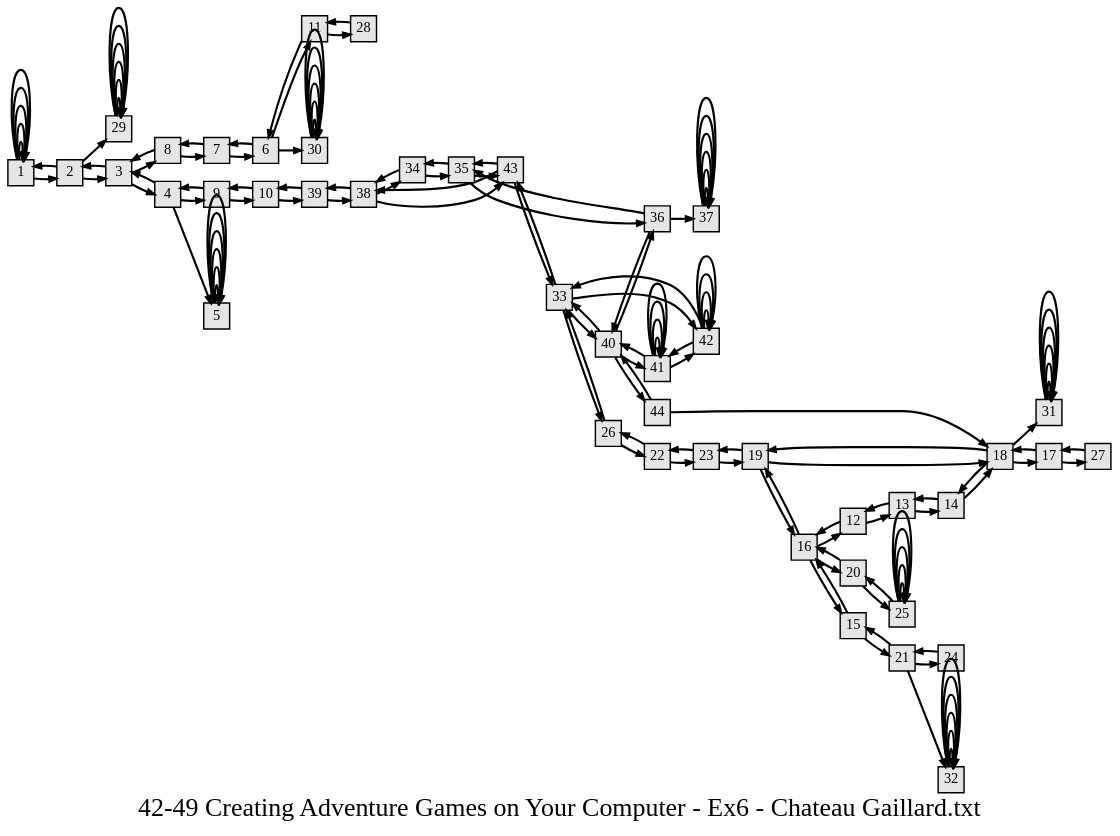
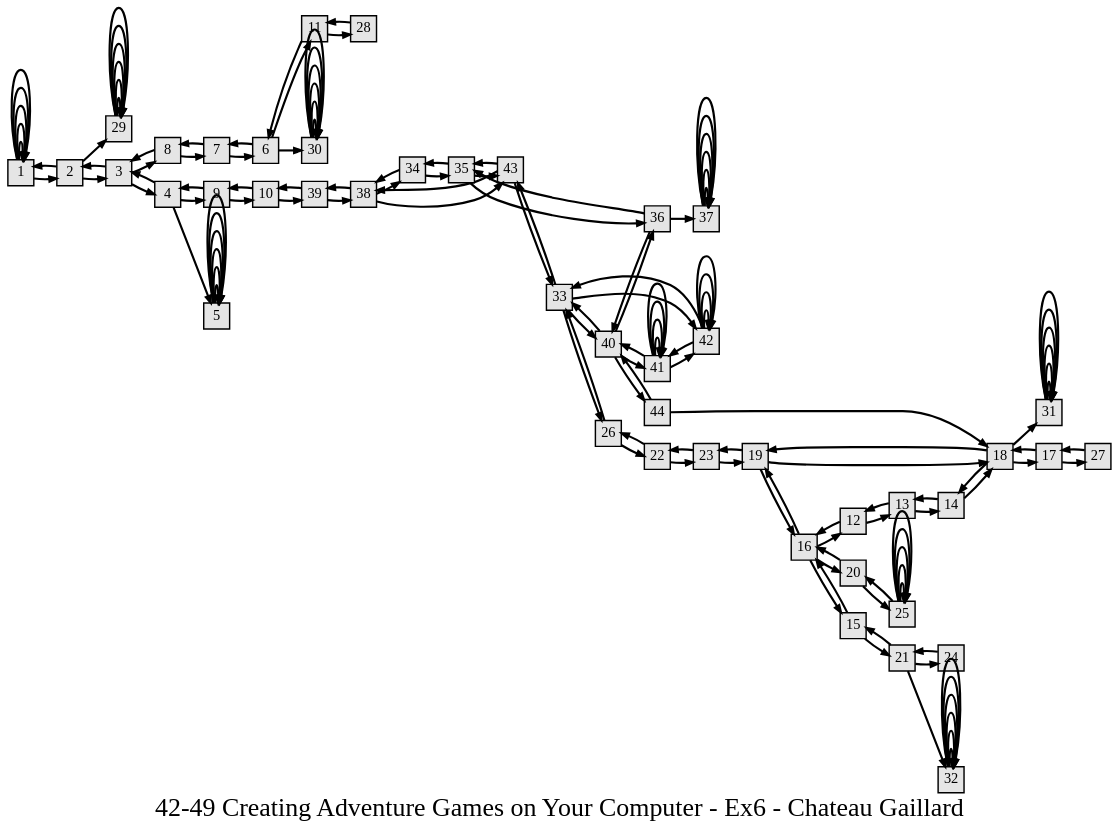
The diagram in assets/gamebooks/graphviz/42-49 Creating Adventure Games on Your Computer - Ex6 - Chateau Gaillard.txt.gv (jeremydouglass/transverse-gallery), drawn with Graphviz before and after one commit. The commit also changed 748 other files, not shown here.

```diff
--- a/assets/gamebooks/graphviz/42-49 Creating Adventure Games on Your Computer - Ex6 - Chateau Gaillard.txt.gv
+++ b/assets/gamebooks/graphviz/42-49 Creating Adventure Games on Your Computer - Ex6 - Chateau Gaillard.txt.gv
@@ -1,149 +1,149 @@
 digraph g{
-  graph [ label="42-49 Creating Adventure Games on Your Computer - Ex6 - Chateau Gaillard.txt" rankdir=LR, ordering=out, fontsize=36, nodesep="0.35", ranksep="0.45"];
+  graph [ label="42-49 Creating Adventure Games on Your Computer - Ex6 - Chateau Gaillard" rankdir=LR, ordering=out, fontsize=36, nodesep="0.35", ranksep="0.45"];
   node  [shape=rect, penwidth=2, fontsize=20, style=filled, fillcolor=grey90, margin="0,0", labelfloat=true, regular=true, fixedsize=true];
   edge  [labelfloat=true, penwidth=3, fontsize=12];
 
   1 -> 1;
   1 -> 1;
   1 -> 2;
   1 -> 1;
   1 -> 1;
   1 -> 1;
   2 -> 29;
   2 -> 3;
   2 -> 1;
   3 -> 8;
   3 -> 4;
   3 -> 2;
   4 -> 9;
   4 -> 5;
   4 -> 3;
   5 -> 5;
   5 -> 5;
   5 -> 5;
   5 -> 5;
   5 -> 5;
   5 -> 5;
   6 -> 11;
   6 -> 7;
   6 -> 30;
   7 -> 8;
   7 -> 6;
   8 -> 3;
   8 -> 7;
   9 -> 4;
   9 -> 10;
   10 -> 9;
   10 -> 39;
   11 -> 6;
   11 -> 28;
   12 -> 16;
   12 -> 13;
   13 -> 14;
   13 -> 12;
   14 -> 18;
   14 -> 13;
   15 -> 21;
   15 -> 16;
   16 -> 12;
   16 -> 20;
   16 -> 19;
   16 -> 15;
   17 -> 18;
   17 -> 27;
   18 -> 14;
   18 -> 19;
   18 -> 31;
   18 -> 17;
   19 -> 18;
   19 -> 23;
   19 -> 16;
   20 -> 16;
   20 -> 25;
   21 -> 15;
   21 -> 24;
   21 -> 32;
   22 -> 26;
   22 -> 23;
   23 -> 19;
   23 -> 22;
   24 -> 21;
   25 -> 20;
   25 -> 25;
   25 -> 25;
   25 -> 25;
   25 -> 25;
   25 -> 25;
   26 -> 22;
   26 -> 33;
   27 -> 17;
   28 -> 11;
   29 -> 29;
   29 -> 29;
   29 -> 29;
   29 -> 29;
   29 -> 29;
   29 -> 29;
   30 -> 30;
   30 -> 30;
   30 -> 30;
   30 -> 30;
   30 -> 30;
   30 -> 30;
   31 -> 31;
   31 -> 31;
   31 -> 31;
   31 -> 31;
   31 -> 31;
   31 -> 31;
   32 -> 32;
   32 -> 32;
   32 -> 32;
   32 -> 32;
   32 -> 32;
   32 -> 32;
   33 -> 43;
   33 -> 42;
   33 -> 40;
   33 -> 26;
   34 -> 38;
   34 -> 35;
   35 -> 43;
   35 -> 36;
   35 -> 34;
   36 -> 40;
   36 -> 37;
   36 -> 35;
   37 -> 37;
   37 -> 37;
   37 -> 37;
   37 -> 37;
   37 -> 37;
   37 -> 37;
   38 -> 34;
   38 -> 43;
   38 -> 39;
   39 -> 38;
   39 -> 10;
   40 -> 36;
   40 -> 41;
   40 -> 44;
   40 -> 33;
   41 -> 40;
   41 -> 41;
   41 -> 41;
   41 -> 42;
   41 -> 41;
   41 -> 41;
   42 -> 33;
   42 -> 42;
   42 -> 41;
   42 -> 42;
   42 -> 42;
   42 -> 42;
   43 -> 35;
   43 -> 33;
   43 -> 38;
   44 -> 40;
   44 -> 18;
 }
```
